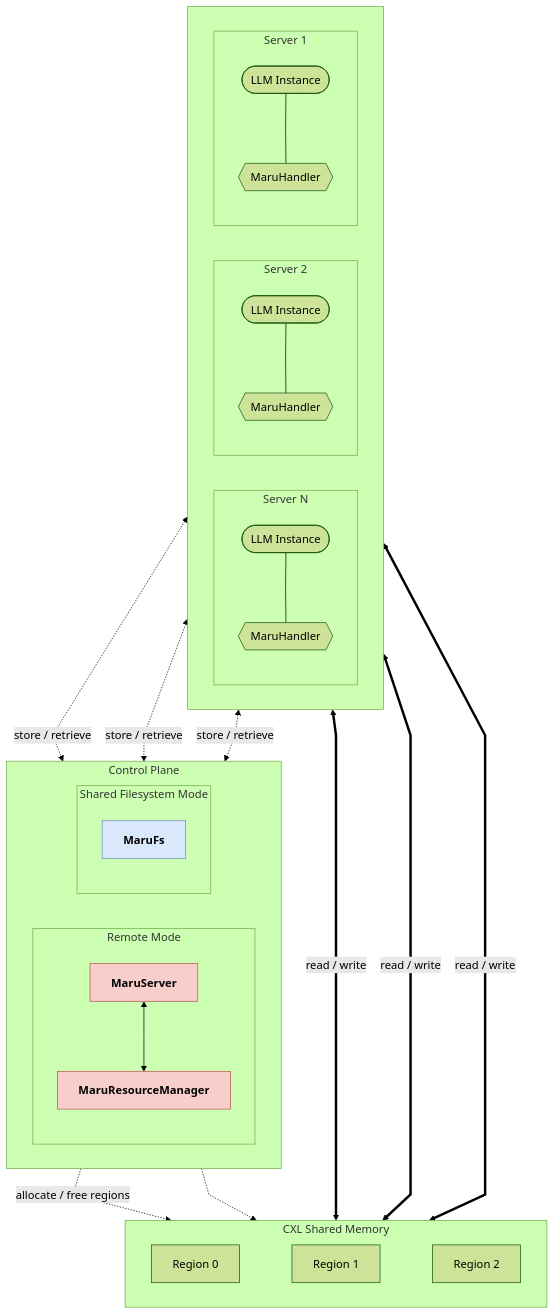
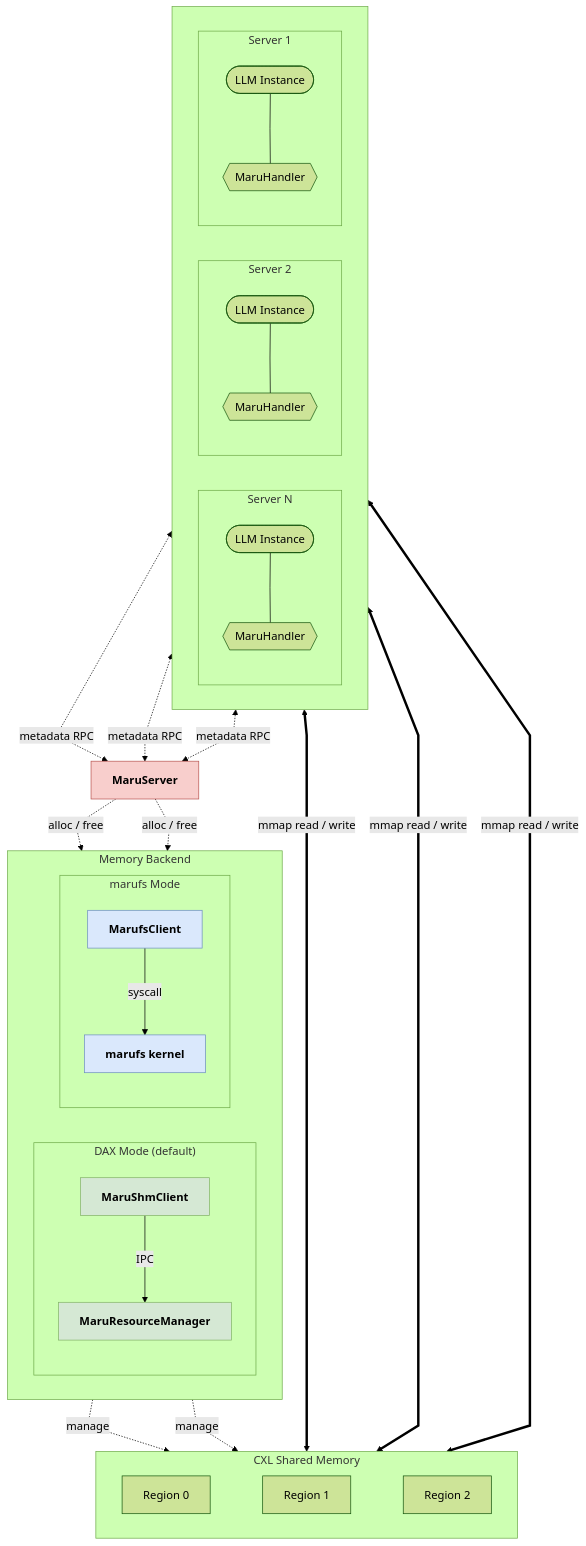
The first of 5 diagrams in docs/source/design_doc/architecture_overview.md (xcena-dev/maru), drawn with Mermaid (forest theme) before and after one commit. The commit also changed other lines of this file and 3 other files, not shown here.

First line of the commit message:
docs: update design docs to reflect marufs hybrid architecture

````diff
--- a/docs/source/design_doc/architecture_overview.md
+++ b/docs/source/design_doc/architecture_overview.md
@@ -9,58 +9,66 @@
 ```mermaid
 %%{ init: { "flowchart": { "curve": "linear" } } }%%
 flowchart TB
     subgraph Instances[" "]
         direction LR
         subgraph SN["Server N"]
             direction TB
             V1(["LLM Instance"])
             H1{{"MaruHandler"}}
             V1 --- H1
         end
         subgraph S2["Server 2"]
             direction TB
             V2(["LLM Instance"])
             H2{{"MaruHandler"}}
             V2 --- H2
         end
         subgraph S1["Server 1"]
             direction TB
             V3(["LLM Instance"])
             H3{{"MaruHandler"}}
             V3 --- H3
         end
     end
 
-    subgraph ControlPlane["Control Plane"]
+    MS["MaruServer"]:::maru
+
+    H1 <-.->|"metadata RPC"| MS
+    H2 <-.->|"metadata RPC"| MS
+    H3 <-.->|"metadata RPC"| MS
+
+    subgraph Backend["Memory Backend"]
         direction LR
-        subgraph Remote["Remote Mode"]
+        subgraph DAX_Mode["DAX Mode (default)"]
             direction TB
-            MS["MaruServer"]:::maru
-            D["MaruResourceManager"]:::maru
-            MS <--> D
+            SHM["MaruShmClient"]:::shm
+            RM["MaruResourceManager"]:::shm
+            SHM -->|"IPC"| RM
         end
-        subgraph Filesystem["Shared Filesystem Mode"]
+        subgraph Marufs_Mode["marufs Mode"]
             direction TB
-            FS["MaruFs"]:::fs
+            MFS["MarufsClient"]:::fs
+            KFS["marufs kernel"]:::fs
+            MFS -->|"syscall"| KFS
         end
     end
 
-    H1 <-.->|"store / retrieve"| FS
-    H2 <-.->|"store / retrieve"| MS
-    H3 <-.->|"store / retrieve"| MS
+    MS -.->|"alloc / free"| SHM
+    MS -.->|"alloc / free"| MFS
 
     subgraph CXL["CXL Shared Memory"]
         direction LR
         R0["Region 0"] ~~~ R1["Region 1"] ~~~ R2["Region 2"]
     end
 
-    D -.->|"allocate / free regions"| CXL
-    FS -.-> CXL
+    RM -.->|"manage"| CXL
+    KFS -.->|"manage"| CXL
 
-    H1 <==>|"read / write"| CXL
-    H2 <==>|"read / write"| CXL
-    H3 <==>|"read / write"| CXL
+    H1 <==>|"mmap read / write"| CXL
+    H2 <==>|"mmap read / write"| CXL
+    H3 <==>|"mmap read / write"| CXL
 
     classDef maru fill:#f8cecc,stroke:#b85450,font-weight:bold
     classDef fs fill:#dae8fc,stroke:#6c8ebf,font-weight:bold
+    classDef shm fill:#d5e8d4,stroke:#82b366,font-weight:bold
 ```
````
